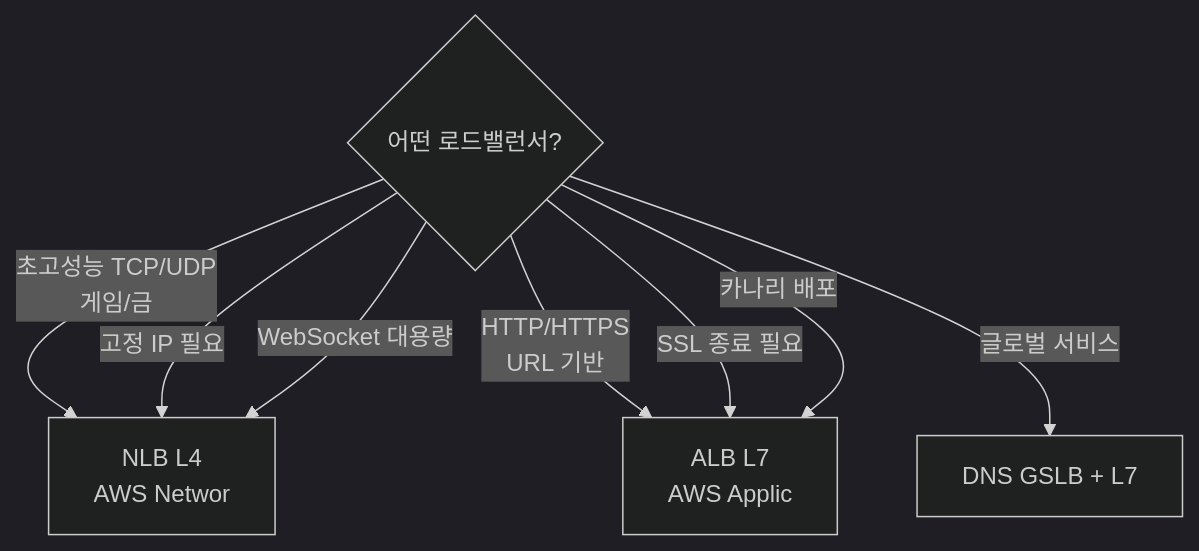
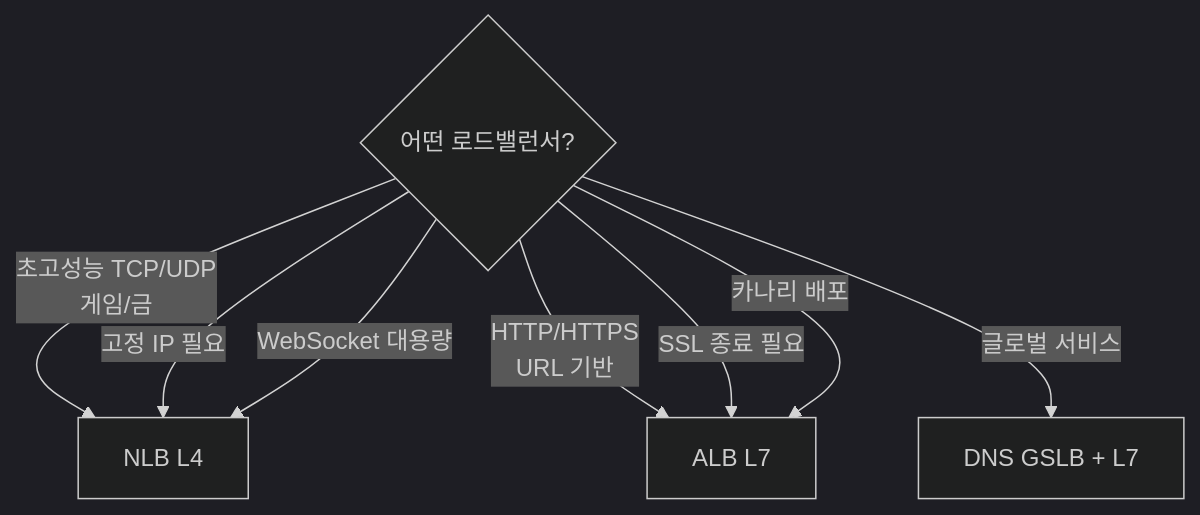
Before and after one commit to yjkim2015/yjkim2015.github.io: the eighth of 8 diagrams in _posts/network/2026-05-01-load-balancer.md, drawn with Mermaid (dark theme). The commit also changed other lines of this file and 217 other files, not shown here.

First line of the commit message:
Mermaid 크기 수정: useMaxWidth:true + SVG max-width:100% + 라벨 축소

````diff
--- a/_posts/network/2026-05-01-load-balancer.md
+++ b/_posts/network/2026-05-01-load-balancer.md
@@ -725,11 +725,11 @@
 ```mermaid
 graph TD
     Q{"어떤 로드밸런서?"}
-    Q -->|"초고성능 TCP/UDP\n게임/금"| NLB["NLB L4\nAWS Networ"]
-    Q -->|"HTTP/HTTPS\nURL 기반"| ALB["ALB L7\nAWS Applic"]
+    Q -->|"초고성능 TCP/UDP\n게임/금"| NLB["NLB L4"]
+    Q -->|"HTTP/HTTPS\nURL 기반"| ALB["ALB L7"]
     Q -->|"SSL 종료 필요"| ALB
     Q -->|"고정 IP 필요"| NLB
     Q -->|"카나리 배포"| ALB
     Q -->|"WebSocket 대용량"| NLB
     Q -->|"글로벌 서비스"| GSLB["DNS GSLB + L7"]
 ```
````
